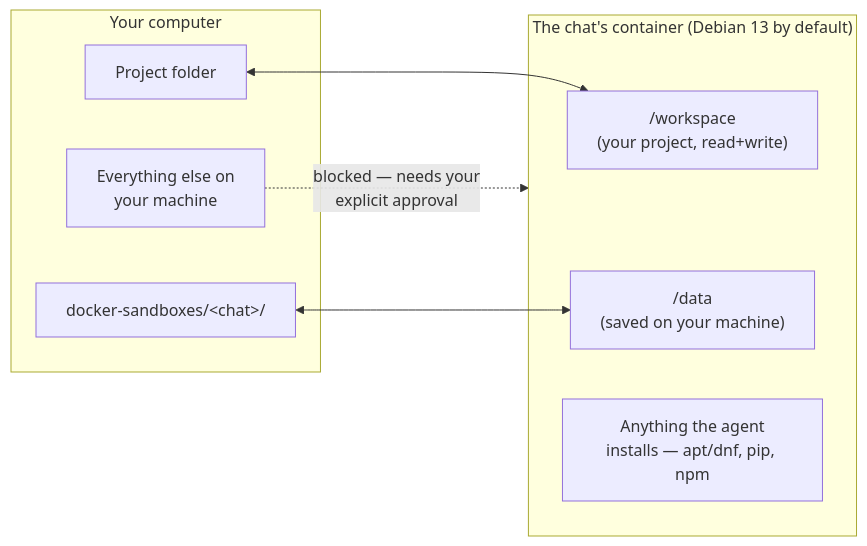
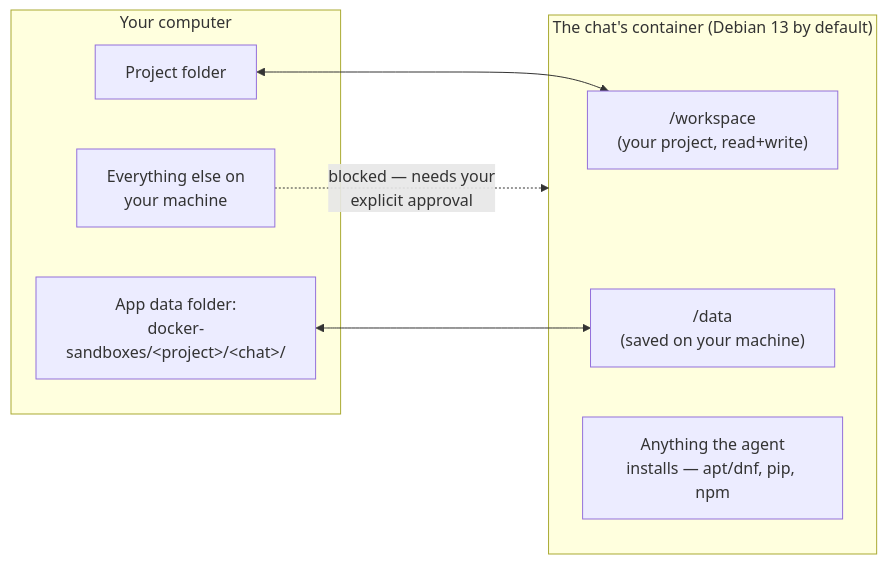
Before and after one commit to ibehren1/bedrock-engineer-rust: the fourth of 6 diagrams in docs/USER_GUIDE.md, drawn with Mermaid. The commit also changed other lines of this file and 86 other files, not shown here.

````diff
--- a/docs/USER_GUIDE.md
+++ b/docs/USER_GUIDE.md
@@ -1567,16 +1590,16 @@
 ```mermaid
 flowchart LR
   subgraph Your["Your computer"]
     P["Project folder"]
-    D["docker-sandboxes/&lt;chat&gt;/"]
+    D["App data folder:<br/>docker-sandboxes/&lt;project&gt;/&lt;chat&gt;/"]
     H["Everything else on<br/>your machine"]
   end
   subgraph C["The chat's container (Debian 13 by default)"]
     WS["/workspace<br/>(your project, read+write)"]
     DATA["/data<br/>(saved on your machine)"]
     PKG["Anything the agent<br/>installs — apt/dnf, pip, npm"]
   end
   P <--> WS
   D <--> DATA
   H -.->|"blocked — needs your<br/>explicit approval"| C
 ```
````
